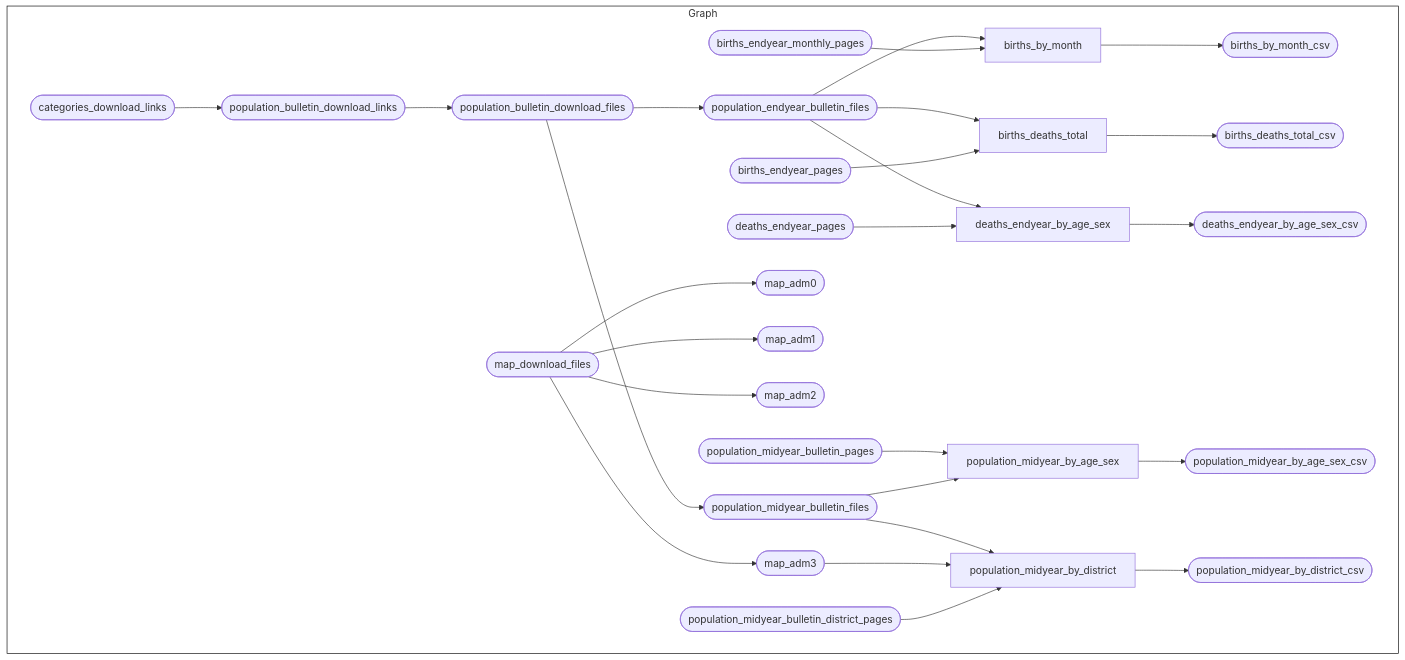
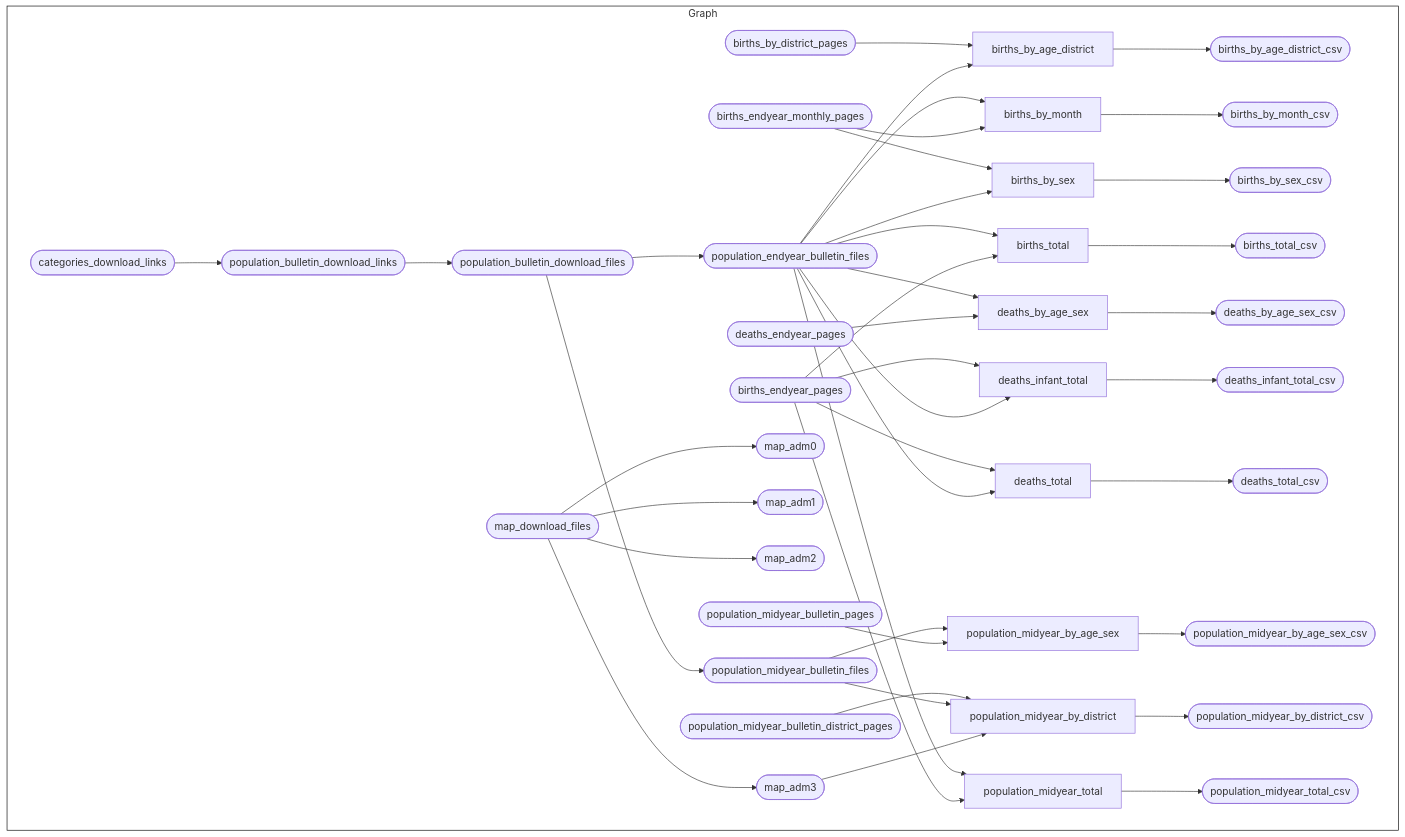
Before and after one commit to OxfordIHTM/seychelles-statistics: the diagram in README.md, drawn with Mermaid. The commit also changed 2 other files, not shown here.

Commit message:
refactor death by aga and sex table; fix #56; fix #57

````diff
--- a/README.md
+++ b/README.md
@@ -205,32 +205,47 @@
 ``` mermaid
 graph LR
   style Graph fill:#FFFFFF00,stroke:#000000;
   subgraph Graph
     direction LR
+    x39c53f3806f354bf(["births_by_district_pages"]):::skipped --> x4094d4f6d0f8f35a["births_by_age_district"]:::skipped
+    xeea0ec396e5de5da(["population_endyear_bulletin_files"]):::skipped --> x4094d4f6d0f8f35a["births_by_age_district"]:::skipped
+    x4094d4f6d0f8f35a["births_by_age_district"]:::skipped --> x11faadcda3280dc2(["births_by_age_district_csv"]):::skipped
+    xeea0ec396e5de5da(["population_endyear_bulletin_files"]):::skipped --> x2c584c9caafc1be8["births_by_month"]:::skipped
     x5c7646da106bc2f6(["births_endyear_monthly_pages"]):::skipped --> x2c584c9caafc1be8["births_by_month"]:::skipped
-    xeea0ec396e5de5da(["population_endyear_bulletin_files"]):::skipped --> x2c584c9caafc1be8["births_by_month"]:::skipped
-    x2c584c9caafc1be8["births_by_month"]:::skipped --> xa87bb9563f27e00c(["births_by_month_csv"]):::completed
-    xe648a7801cd2da2c(["births_endyear_pages"]):::skipped --> xe650464a12ae8fe5["births_deaths_total"]:::skipped
-    xeea0ec396e5de5da(["population_endyear_bulletin_files"]):::skipped --> xe650464a12ae8fe5["births_deaths_total"]:::skipped
-    xe650464a12ae8fe5["births_deaths_total"]:::skipped --> x1a0f4fbd7d208a5e(["births_deaths_total_csv"]):::skipped
-    x344a2780ffaeb7bd(["deaths_endyear_pages"]):::skipped --> x1b2a9a62e2672111["deaths_endyear_by_age_sex"]:::skipped
-    xeea0ec396e5de5da(["population_endyear_bulletin_files"]):::skipped --> x1b2a9a62e2672111["deaths_endyear_by_age_sex"]:::skipped
-    x1b2a9a62e2672111["deaths_endyear_by_age_sex"]:::skipped --> x17c4726281726995(["deaths_endyear_by_age_sex_csv"]):::skipped
+    x2c584c9caafc1be8["births_by_month"]:::skipped --> xa87bb9563f27e00c(["births_by_month_csv"]):::skipped
+    x5c7646da106bc2f6(["births_endyear_monthly_pages"]):::skipped --> x1e485a7f2384826f["births_by_sex"]:::skipped
+    xeea0ec396e5de5da(["population_endyear_bulletin_files"]):::skipped --> x1e485a7f2384826f["births_by_sex"]:::skipped
+    x1e485a7f2384826f["births_by_sex"]:::skipped --> xa6b75ce42a7aa79e(["births_by_sex_csv"]):::skipped
+    xeea0ec396e5de5da(["population_endyear_bulletin_files"]):::skipped --> x2f4500c2756065a9["births_total"]:::skipped
+    xe648a7801cd2da2c(["births_endyear_pages"]):::skipped --> x2f4500c2756065a9["births_total"]:::skipped
+    x2f4500c2756065a9["births_total"]:::skipped --> xd95928afea598d8e(["births_total_csv"]):::skipped
+    xeea0ec396e5de5da(["population_endyear_bulletin_files"]):::skipped --> xae333981c466810a["deaths_by_age_sex"]:::completed
+    x344a2780ffaeb7bd(["deaths_endyear_pages"]):::skipped --> xae333981c466810a["deaths_by_age_sex"]:::completed
+    xae333981c466810a["deaths_by_age_sex"]:::completed --> xaf8165dda7ea936b(["deaths_by_age_sex_csv"]):::completed
+    xe648a7801cd2da2c(["births_endyear_pages"]):::skipped --> x1d5c00f1e4e41ab7["deaths_infant_total"]:::skipped
+    xeea0ec396e5de5da(["population_endyear_bulletin_files"]):::skipped --> x1d5c00f1e4e41ab7["deaths_infant_total"]:::skipped
+    x1d5c00f1e4e41ab7["deaths_infant_total"]:::skipped --> x548dbfa0844427dc(["deaths_infant_total_csv"]):::skipped
+    xe648a7801cd2da2c(["births_endyear_pages"]):::skipped --> xfd0ff0d9529d4bbd["deaths_total"]:::skipped
+    xeea0ec396e5de5da(["population_endyear_bulletin_files"]):::skipped --> xfd0ff0d9529d4bbd["deaths_total"]:::skipped
+    xfd0ff0d9529d4bbd["deaths_total"]:::skipped --> xe42488d3267f69ff(["deaths_total_csv"]):::skipped
     x8e509dc7997a12f8(["map_download_files"]):::skipped --> x4851b2941f7c62fc(["map_adm0"]):::skipped
     x8e509dc7997a12f8(["map_download_files"]):::skipped --> xccb26dd891c9a035(["map_adm1"]):::skipped
     x8e509dc7997a12f8(["map_download_files"]):::skipped --> x30d02f8bff8e7f8d(["map_adm2"]):::skipped
     x8e509dc7997a12f8(["map_download_files"]):::skipped --> x7b26bed1fc581742(["map_adm3"]):::skipped
     x90a781ac8daf46c6(["population_bulletin_download_links"]):::skipped --> x303dcb35f327bc97(["population_bulletin_download_files"]):::skipped
     xa7b0e3bf1c25b597(["categories_download_links"]):::skipped --> x90a781ac8daf46c6(["population_bulletin_download_links"]):::skipped
     x303dcb35f327bc97(["population_bulletin_download_files"]):::skipped --> xeea0ec396e5de5da(["population_endyear_bulletin_files"]):::skipped
     x303dcb35f327bc97(["population_bulletin_download_files"]):::skipped --> x52e965cb7c1cd1fc(["population_midyear_bulletin_files"]):::skipped
     x52e965cb7c1cd1fc(["population_midyear_bulletin_files"]):::skipped --> x426614807f974316["population_midyear_by_age_sex"]:::skipped
     xefa1a60843915f9f(["population_midyear_bulletin_pages"]):::skipped --> x426614807f974316["population_midyear_by_age_sex"]:::skipped
     x426614807f974316["population_midyear_by_age_sex"]:::skipped --> xf3039e66b37a1219(["population_midyear_by_age_sex_csv"]):::skipped
     x9f6b6d2ed74a37b4(["population_midyear_bulletin_district_pages"]):::skipped --> xd0c8e8b884ab8581["population_midyear_by_district"]:::skipped
+    x52e965cb7c1cd1fc(["population_midyear_bulletin_files"]):::skipped --> xd0c8e8b884ab8581["population_midyear_by_district"]:::skipped
     x7b26bed1fc581742(["map_adm3"]):::skipped --> xd0c8e8b884ab8581["population_midyear_by_district"]:::skipped
-    x52e965cb7c1cd1fc(["population_midyear_bulletin_files"]):::skipped --> xd0c8e8b884ab8581["population_midyear_by_district"]:::skipped
     xd0c8e8b884ab8581["population_midyear_by_district"]:::skipped --> xf94a6bce4cea6c14(["population_midyear_by_district_csv"]):::skipped
+    xeea0ec396e5de5da(["population_endyear_bulletin_files"]):::skipped --> x52d6a6119be69714["population_midyear_total"]:::skipped
+    xe648a7801cd2da2c(["births_endyear_pages"]):::skipped --> x52d6a6119be69714["population_midyear_total"]:::skipped
+    x52d6a6119be69714["population_midyear_total"]:::skipped --> x37b834e41770c27f(["population_midyear_total_csv"]):::skipped
     
   end
 ```
````
